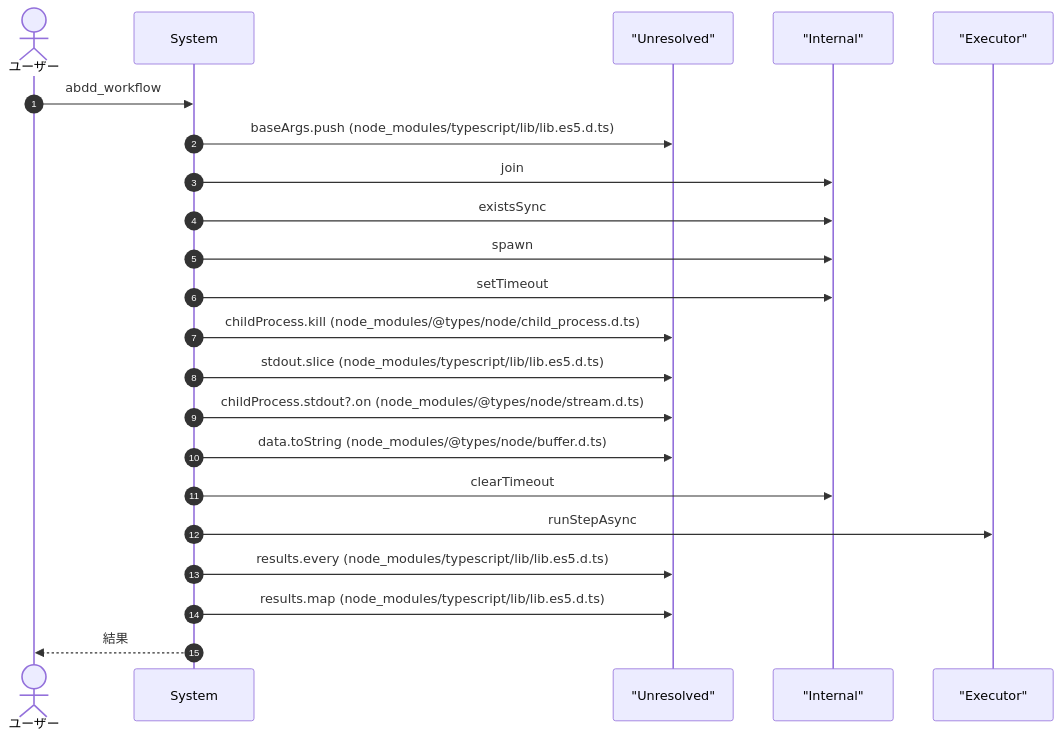
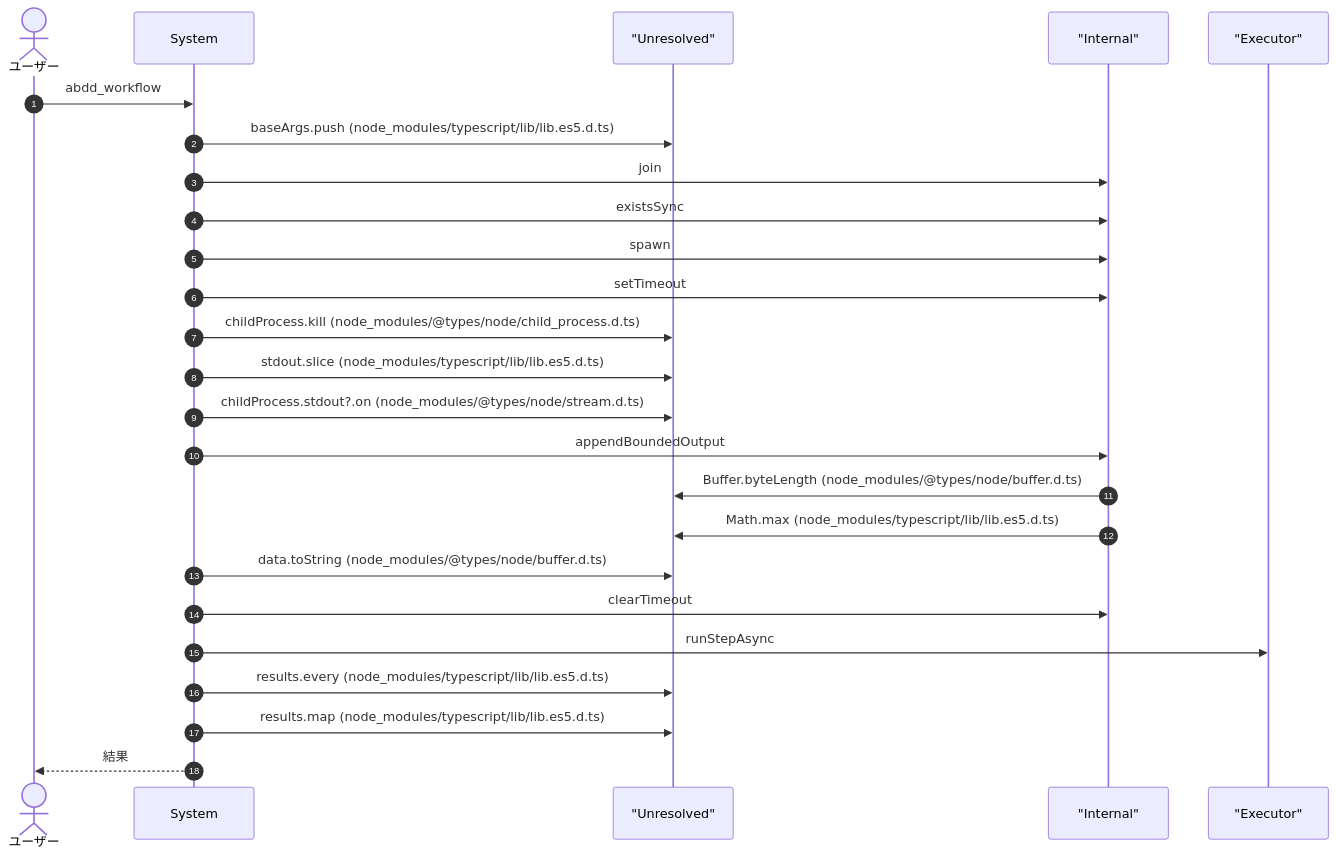
The fifth of 7 diagrams in ABDD/.pi/extensions/abdd.md (Mekann2904/mekann), drawn with Mermaid before and after one commit. The commit also changed other lines of this file and 205 other files, not shown here.

````diff
--- a/ABDD/.pi/extensions/abdd.md
+++ b/ABDD/.pi/extensions/abdd.md
@@ -167,26 +175,29 @@
 ```mermaid
 sequenceDiagram
   autonumber
   actor User as ユーザー
   participant System as System
   participant Unresolved as "Unresolved"
   participant Internal as "Internal"
   participant Executor as "Executor"
 
   User->>System: abdd_workflow
   System->>Unresolved: baseArgs.push (node_modules/typescript/lib/lib.es5.d.ts)
   System->>Internal: join
   System->>Internal: existsSync
   System->>Internal: spawn
   System->>Internal: setTimeout
   System->>Unresolved: childProcess.kill (node_modules/@types/node/child_process.d.ts)
   System->>Unresolved: stdout.slice (node_modules/typescript/lib/lib.es5.d.ts)
   System->>Unresolved: childProcess.stdout?.on (node_modules/@types/node/stream.d.ts)
+  System->>Internal: appendBoundedOutput
+  Internal->>Unresolved: Buffer.byteLength (node_modules/@types/node/buffer.d.ts)
+  Internal->>Unresolved: Math.max (node_modules/typescript/lib/lib.es5.d.ts)
   System->>Unresolved: data.toString (node_modules/@types/node/buffer.d.ts)
   System->>Internal: clearTimeout
   System->>Executor: runStepAsync
   System->>Unresolved: results.every (node_modules/typescript/lib/lib.es5.d.ts)
   System->>Unresolved: results.map (node_modules/typescript/lib/lib.es5.d.ts)
   System-->>User: 結果
 
 ```
````
